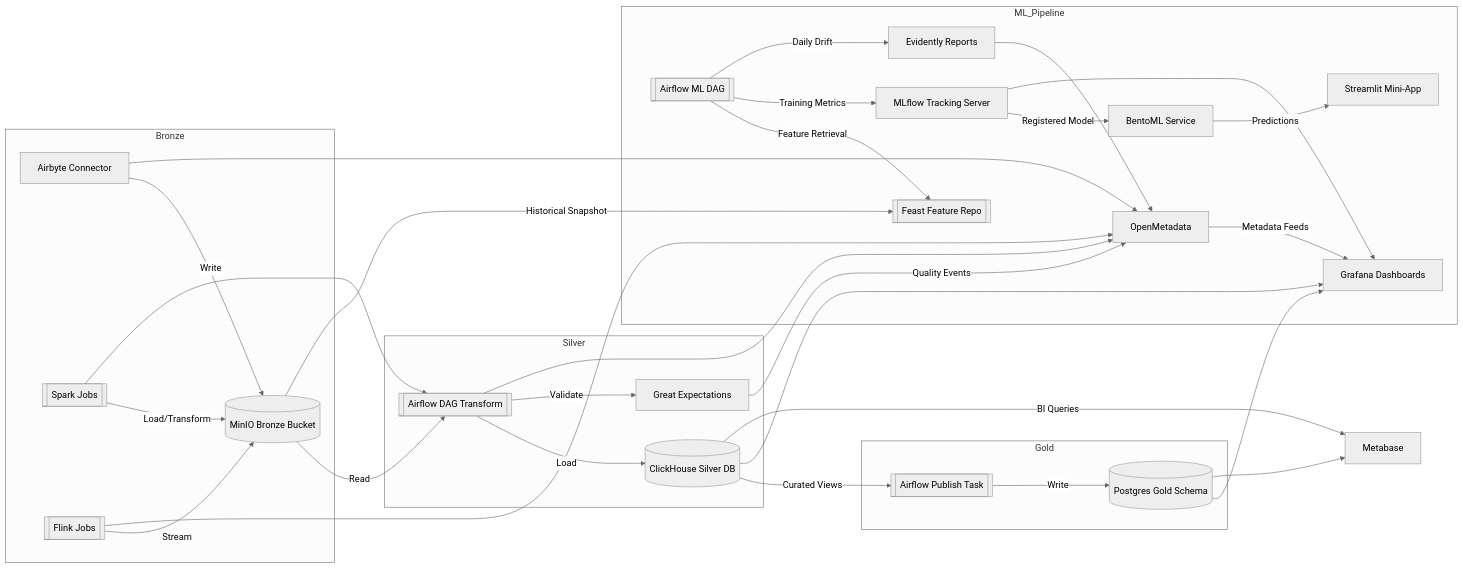
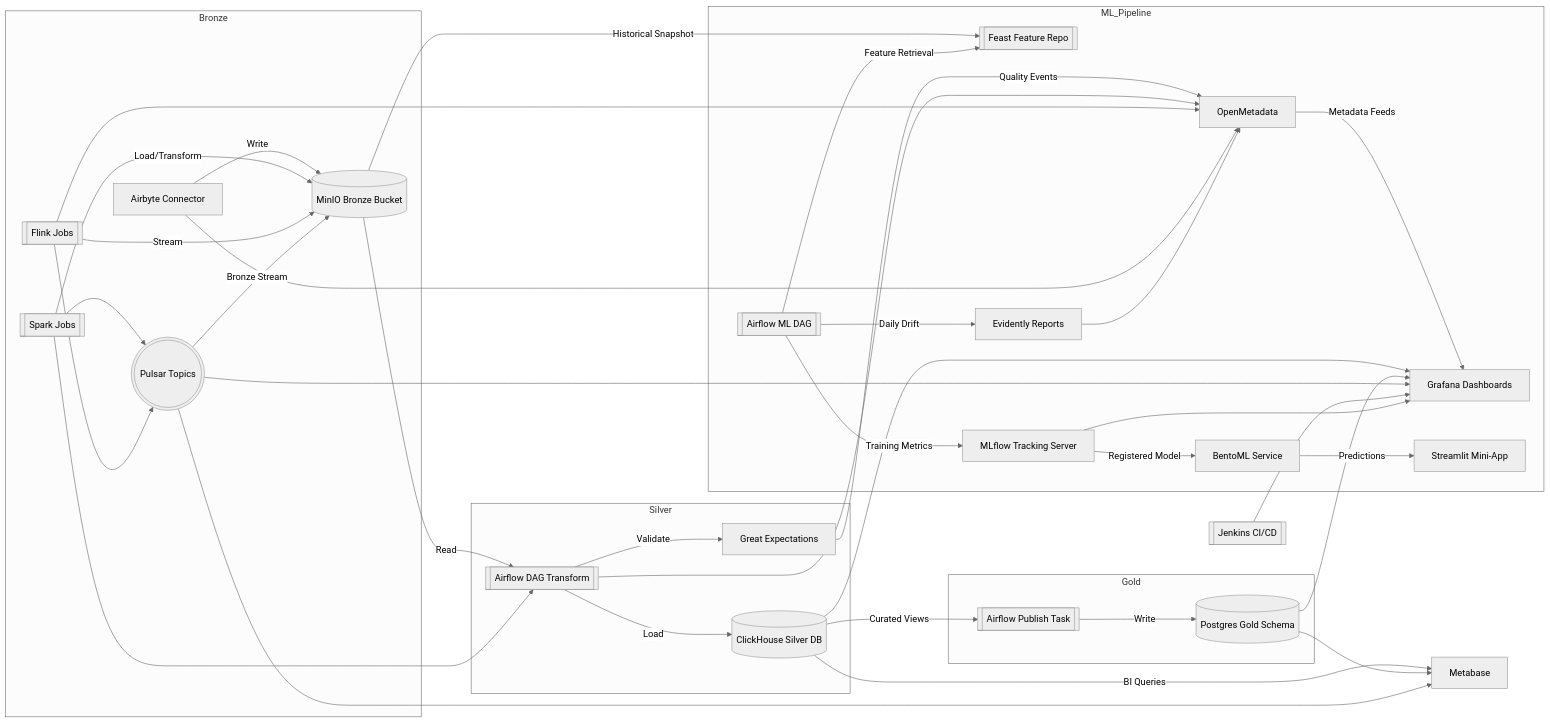
Before and after one commit to aikirias/OneRing: the diagram in docs/architecture.md, drawn with Mermaid (neutral theme). The commit also changed other lines of this file and 9 other files, not shown here.

Commit message:
Add Jenkins CI/CD profile and Pulsar messaging

````diff
--- a/docs/architecture.md
+++ b/docs/architecture.md
@@ -25,44 +27,50 @@
 ```mermaid
 flowchart LR
     subgraph Bronze
         AB[Airbyte Connector]
         AB -->|Write| MIO[(MinIO Bronze Bucket)]
         Spark[[Spark Jobs]] -->|Load/Transform| MIO
         Flink[[Flink Jobs]] -->|Stream| MIO
+        Pulsar(((Pulsar Topics))) -->|Bronze Stream| MIO
     end
 
     subgraph Silver
         AF[[Airflow DAG Transform]] -->|Load| CH[(ClickHouse Silver DB)]
         MIO -->|Read| AF
         AF -->|Validate| GE[Great Expectations]
     end
 
     subgraph Gold
         CH -->|Curated Views| AF2[[Airflow Publish Task]]
         AF2 -->|Write| PG[(Postgres Gold Schema)]
     end
 
     GE -->|Quality Events| OM[OpenMetadata]
     AF --> OM
     Spark --> AF
+    Spark --> Pulsar
+    Flink --> Pulsar
     Flink --> OM
     AB --> OM
 
     OM -->|Metadata Feeds| GF[Grafana Dashboards]
     CH --> GF
     PG --> GF
     CH -->|BI Queries| MB[Metabase]
     PG --> MB
+    Pulsar --> GF
+    Pulsar --> MB
+    Jenkins[[Jenkins CI/CD]] --> GF
 
     subgraph ML_Pipeline
         FS[[Feast Feature Repo]]
         MIO -->|Historical Snapshot| FS
         AF3[[Airflow ML DAG]] -->|Feature Retrieval| FS
         AF3 -->|Training Metrics| MLW[MLflow Tracking Server]
         MLW -->|Registered Model| Bento[BentoML Service]
         Bento -->|Predictions| App[Streamlit Mini-App]
         AF3 -->|Daily Drift| Evidently[Evidently Reports]
         Evidently --> OM
         MLW --> GF
     end
 ```
````
